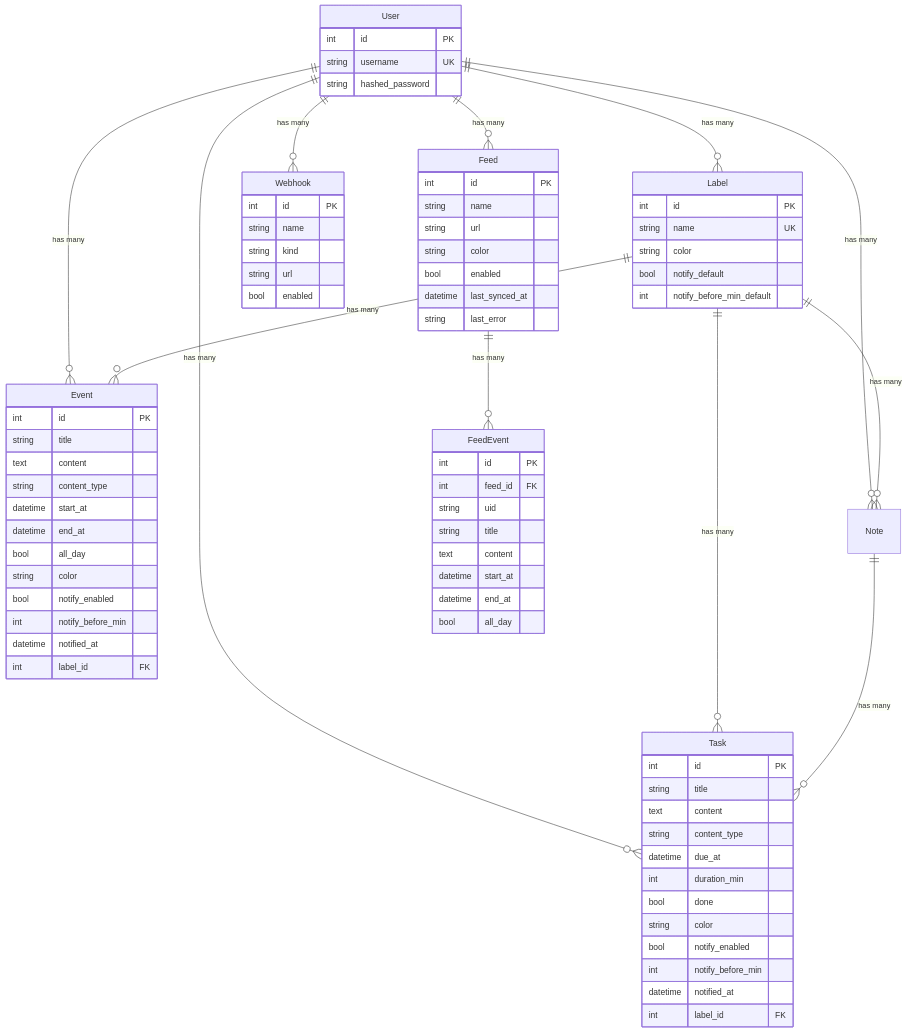
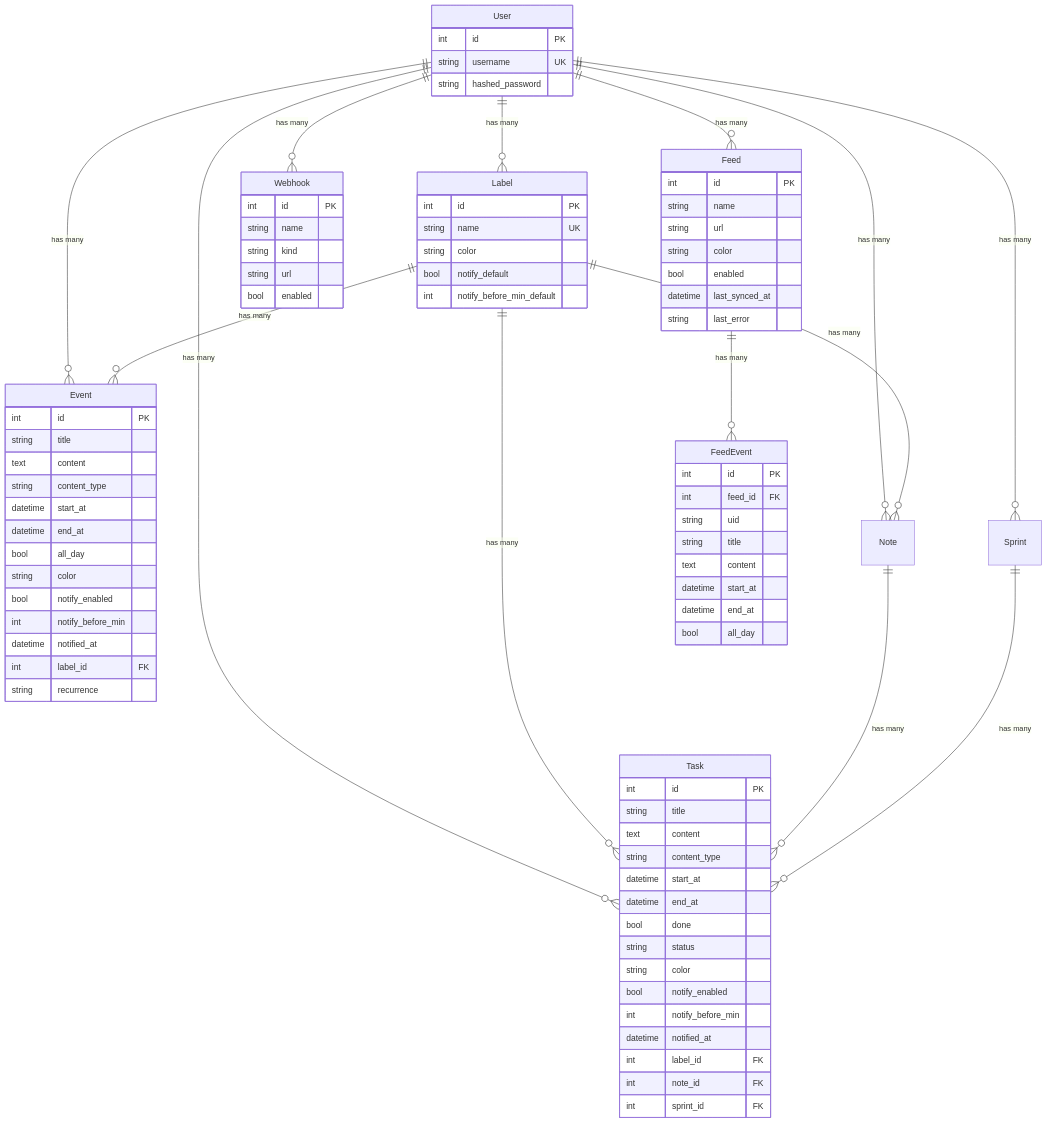
Before and after one commit to CHITALab/harosystem: the diagram in README.md, drawn with Mermaid. The commit also changed other lines of this file and 32 other files, not shown here.

```diff
--- a/README.md
+++ b/README.md
@@ -151,12 +154,14 @@
     User ||--o{ Event : "has many"
     User ||--o{ Task : "has many"
     User ||--o{ Note : "has many"
+    User ||--o{ Sprint : "has many"
     User ||--o{ Feed : "has many"
     User ||--o{ Webhook : "has many"
     Label ||--o{ Event : "has many"
     Label ||--o{ Task : "has many"
     Label ||--o{ Note : "has many"
     Note ||--o{ Task : "has many"
+    Sprint ||--o{ Task : "has many"
     Feed ||--o{ FeedEvent : "has many"
 
     User {
@@ -184,20 +189,24 @@
         int notify_before_min
         datetime notified_at
         int label_id FK
+        string recurrence
     }
     Task {
         int id PK
         string title
         text content
         string content_type
-        datetime due_at
-        int duration_min
+        datetime start_at
+        datetime end_at
         bool done
+        string status
         string color
         bool notify_enabled
         int notify_before_min
         datetime notified_at
         int label_id FK
+        int note_id FK
+        int sprint_id FK
     }
     Feed {
         int id PK
```
